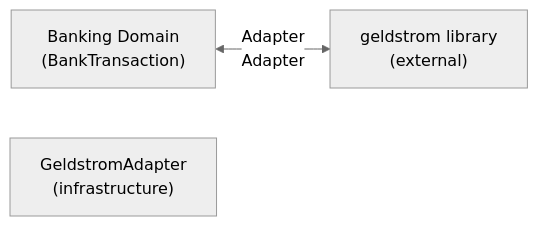
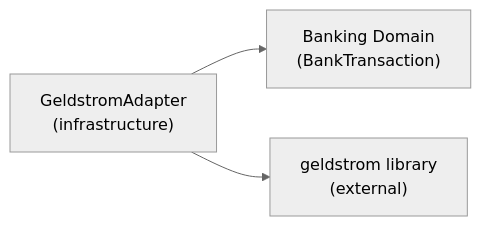
Before and after one commit to maltewinckler/swen: the second of 2 diagrams in docs/dev/architecture.md, drawn with Mermaid (neutral theme). The commit also changed other lines of this file and 11 other files, not shown here.

````diff
--- a/docs/dev/architecture.md
+++ b/docs/dev/architecture.md
@@ -111,9 +143,9 @@
 ```mermaid
 graph LR
     Domain["Banking Domain\n(BankTransaction)"]
     Adapter["GeldstromAdapter\n(infrastructure)"]
     Lib["geldstrom library\n(external)"]
 
-    Domain <-- Adapter
+    Adapter --> Domain
     Adapter --> Lib
 ```
````
